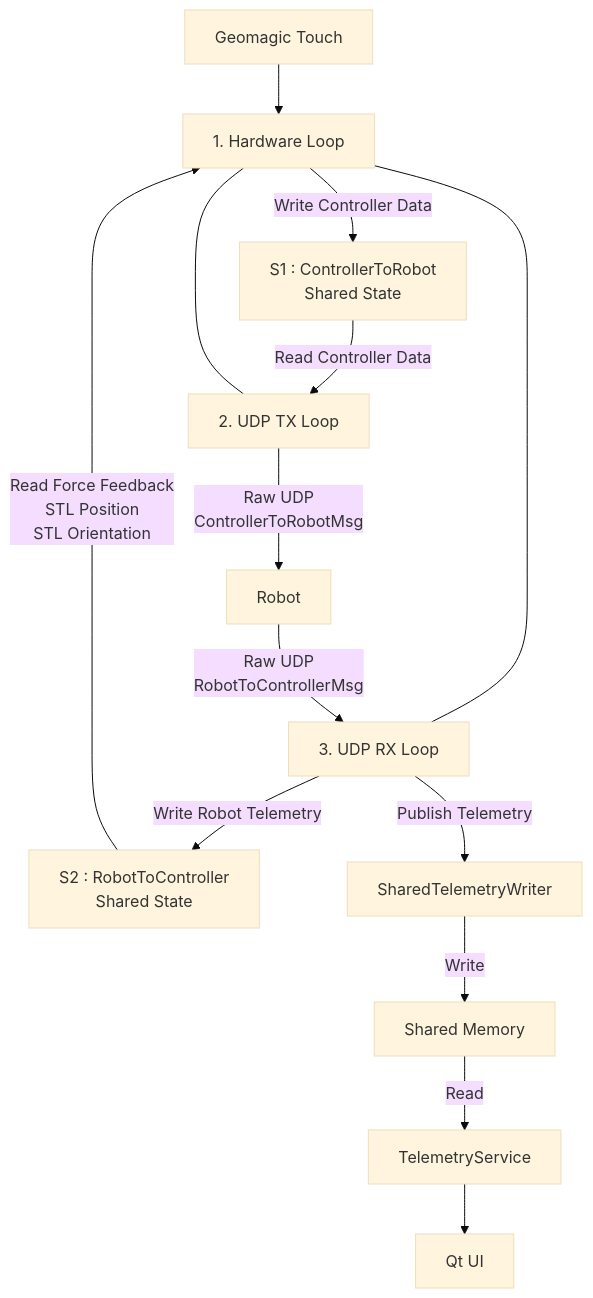
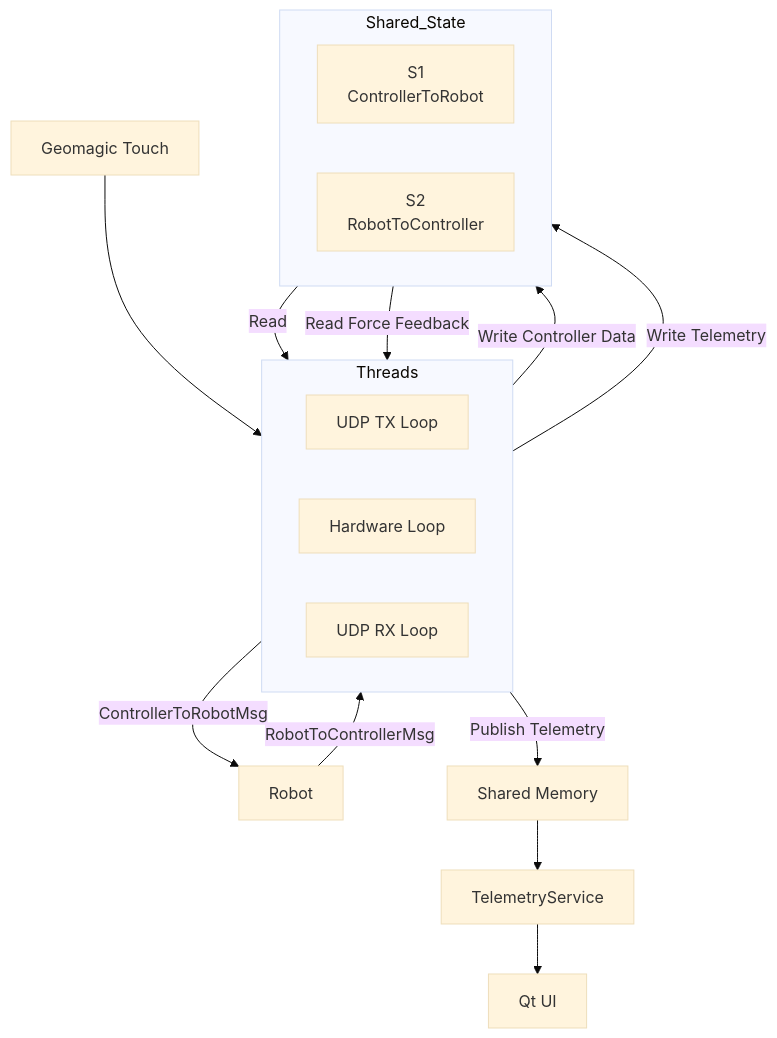
One commit to saranyas-creator/TeleRobotics-Command changed the second of 2 diagrams in teleop.md. Above: the diagram before and after it, drawn with Mermaid (base theme). The commit also changed other lines of this file, not shown here.

````diff
--- a/teleop.md
+++ b/teleop.md
@@ -63,49 +61,40 @@
 ```mermaid
 flowchart TB
 
-%%=========================
-%% Threads
-%%=========================
 J[Geomagic Touch]
 
-T1["1. Hardware Loop"]
-T2["2. UDP TX Loop"]
-T3["3. UDP RX Loop"]
+subgraph Threads
+direction LR
+TX["UDP TX Loop"]
+HW["Hardware Loop"]
+RX["UDP RX Loop"]
+end
 
-J --> T1
+subgraph Shared_State
+direction LR
+S1["S1<br/>ControllerToRobot"]
+S2["S2<br/>RobotToController"]
+end
 
-T2 --- T1 --- T3
+Robot[Robot]
 
-%%=========================
-%% Shared States
-%%=========================
-S1["S1 : ControllerToRobot<br/>Shared State"]
-S2["S2 : RobotToController<br/>Shared State"]
+SHM["Shared Memory"]
 
-T1 -->|Write Controller Data| S1
-S1 -->|Read Controller Data| T2
+QT["TelemetryService"]
 
-T3 -->|Write Robot Telemetry| S2
-S2 -->|Read Force Feedback<br/>STL Position<br/>STL Orientation| T1
-
-%%=========================
-%% Robot Communication
-%%=========================
-R[Robot]
-
-T2 -->|Raw UDP<br/>ControllerToRobotMsg| R
-R -->|Raw UDP<br/>RobotToControllerMsg| T3
-
-%%=========================
-%% Inter-Process Communication
-%%=========================
-STM["SharedTelemetryWriter"]
-SHM["Shared Memory"]
-QT["TelemetryService"]
 UI["Qt UI"]
 
-T3 -->|Publish Telemetry| STM
-STM -->|Write| SHM
-SHM -->|Read| QT
+J --> HW
+
+HW -->|Write Controller Data| S1
+S1 -->|Read| TX
+TX -->|ControllerToRobotMsg| Robot
+
+Robot -->|RobotToControllerMsg| RX
+RX -->|Write Telemetry| S2
+S2 -->|Read Force Feedback| HW
+
+RX -->|Publish Telemetry| SHM
+SHM --> QT
 QT --> UI
 ```
````
